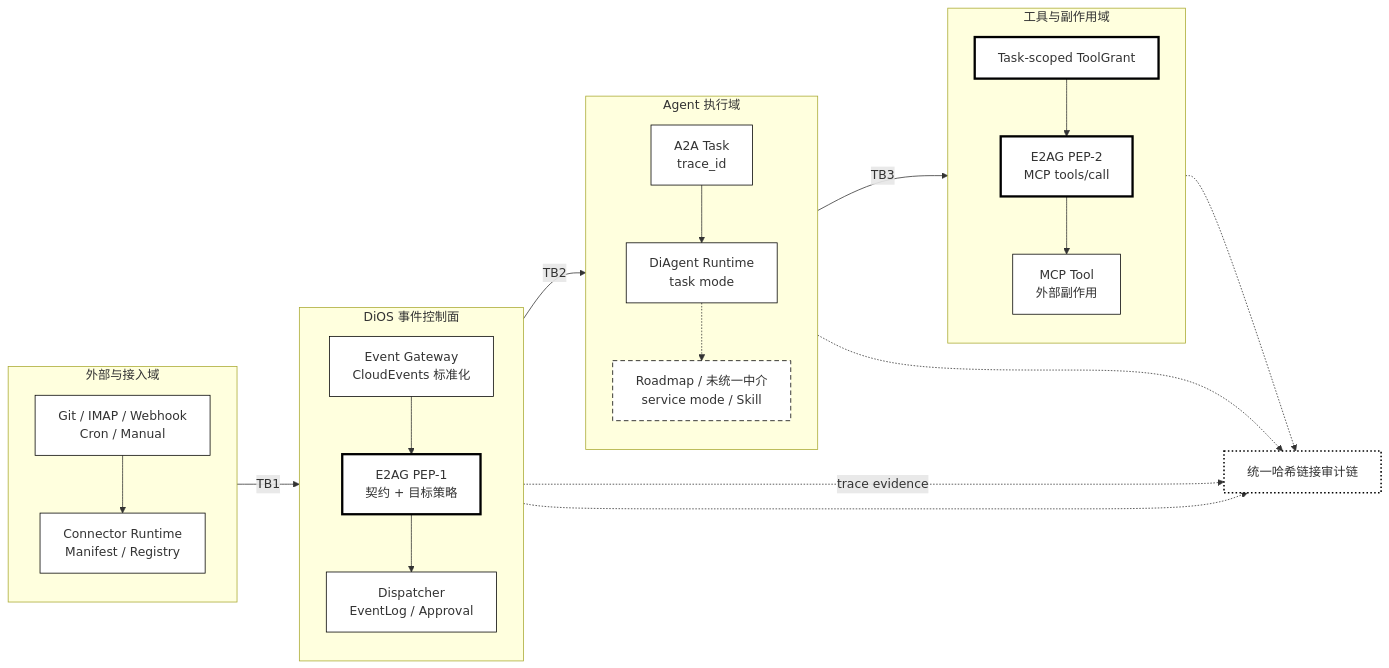
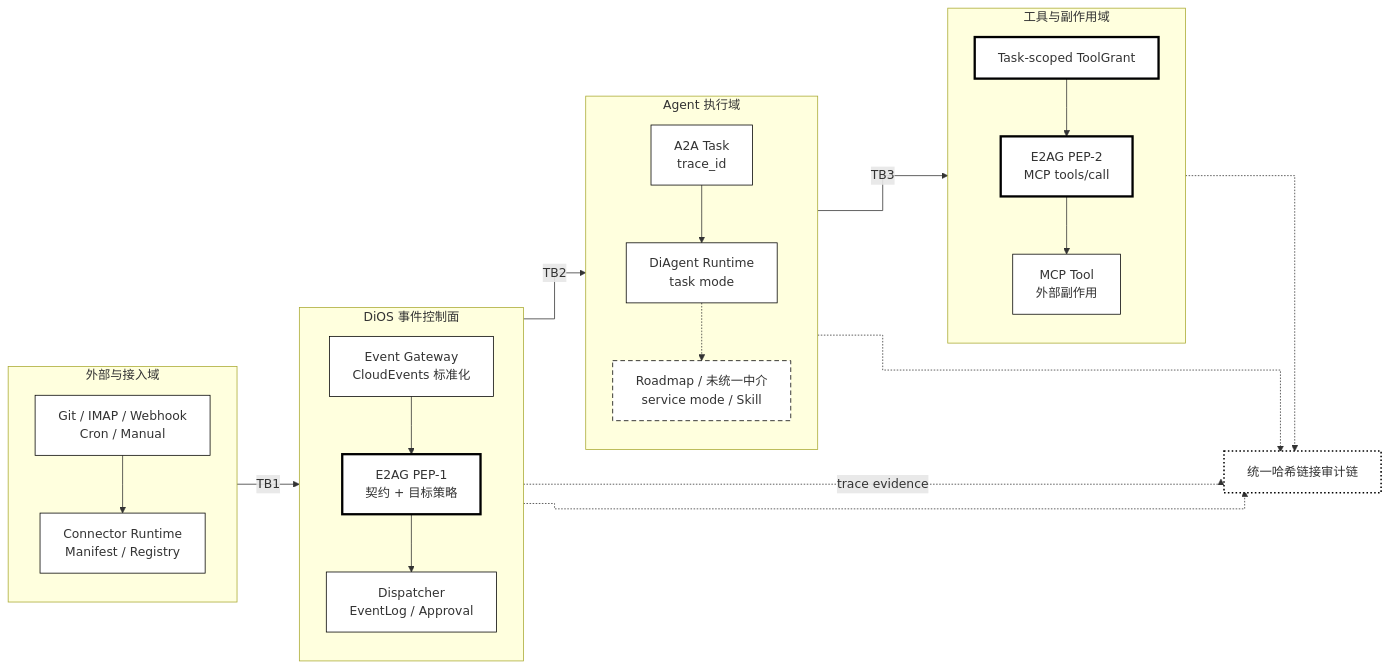
The first of 2 diagrams in docs/paper/E2AG-paper-draft.md (HQIT/DiOS), drawn with Mermaid before and after one commit. The commit also changed other lines of this file and 3 other files, not shown here.

````diff
--- a/docs/paper/E2AG-paper-draft.md
+++ b/docs/paper/E2AG-paper-draft.md
@@ -70,51 +64,52 @@
 ```mermaid
+%%{init: {"flowchart": {"curve": "stepAfter"}, "themeCSS": ".flowchart-link { stroke-linejoin: round; stroke-linecap: round; }"}}%%
 flowchart LR
     subgraph I["外部与接入域"]
         direction TB
         S["Git / IMAP / Webhook<br/>Cron / Manual"]
         C["Connector Runtime<br/>Manifest / Registry"]
         S --> C
     end
 
     subgraph O["DiOS 事件控制面"]
         direction TB
         G["Event Gateway<br/>CloudEvents 标准化"]
         P1["E2AG PEP-1<br/>契约 + 目标策略"]
         D["Dispatcher<br/>EventLog / Approval"]
         G --> P1 --> D
     end
 
     subgraph A["Agent 执行域"]
         direction TB
         T["A2A Task<br/>trace_id"]
         R["DiAgent Runtime<br/>task mode"]
         U["Roadmap / 未统一中介<br/>service mode / Skill"]
         T --> R
         R -.-> U
     end
 
     subgraph M["工具与副作用域"]
         direction TB
         Q["Task-scoped ToolGrant"]
         P2["E2AG PEP-2<br/>MCP tools/call"]
         X["MCP Tool<br/>外部副作用"]
         Q --> P2 --> X
     end
 
     C -->|"TB1"| G
     D -->|"TB2"| T
     R -->|"TB3"| Q
     P1 -. "trace evidence" .-> L["统一哈希链接审计链"]
     D -.-> L
     T -.-> L
     P2 -.-> L
 
     classDef e2ag fill:#fff,stroke:#000,stroke-width:3px;
     classDef current fill:#fff,stroke:#000,stroke-width:1px;
     classDef future fill:#fff,stroke:#000,stroke-width:1px,stroke-dasharray:6 4;
     classDef audit fill:#fff,stroke:#000,stroke-width:2px,stroke-dasharray:2 3;
     class P1,P2,Q e2ag;
     class S,C,G,D,T,R,X current;
     class U future;
     class L audit;
 ```
````
